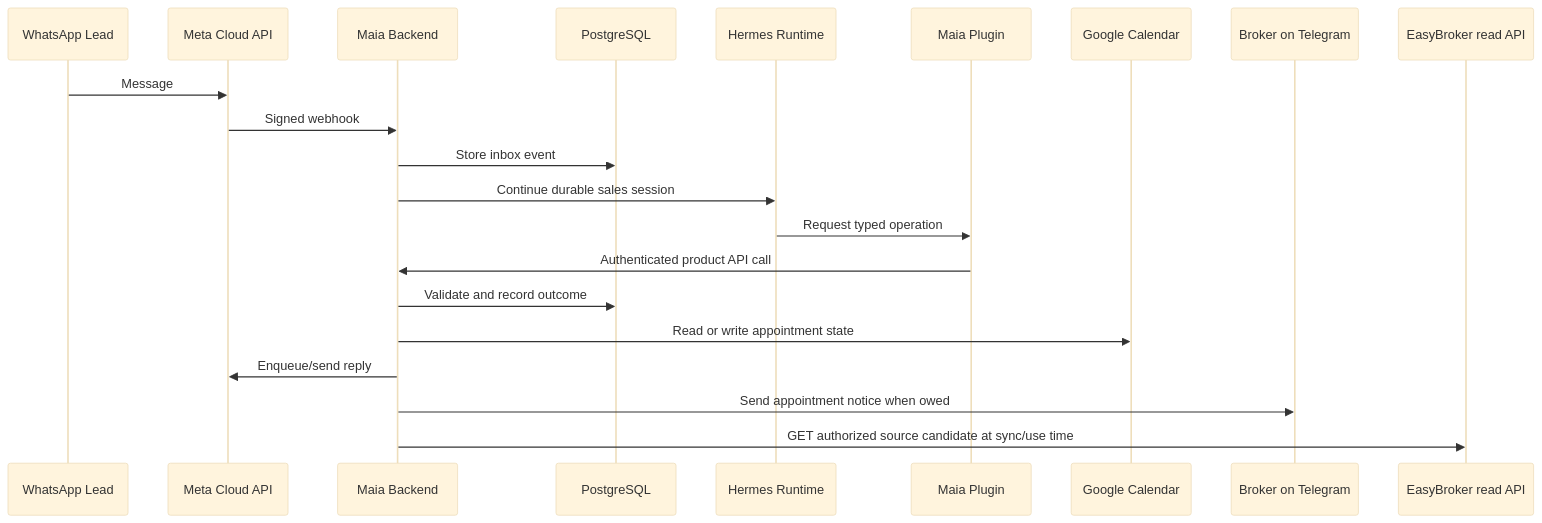
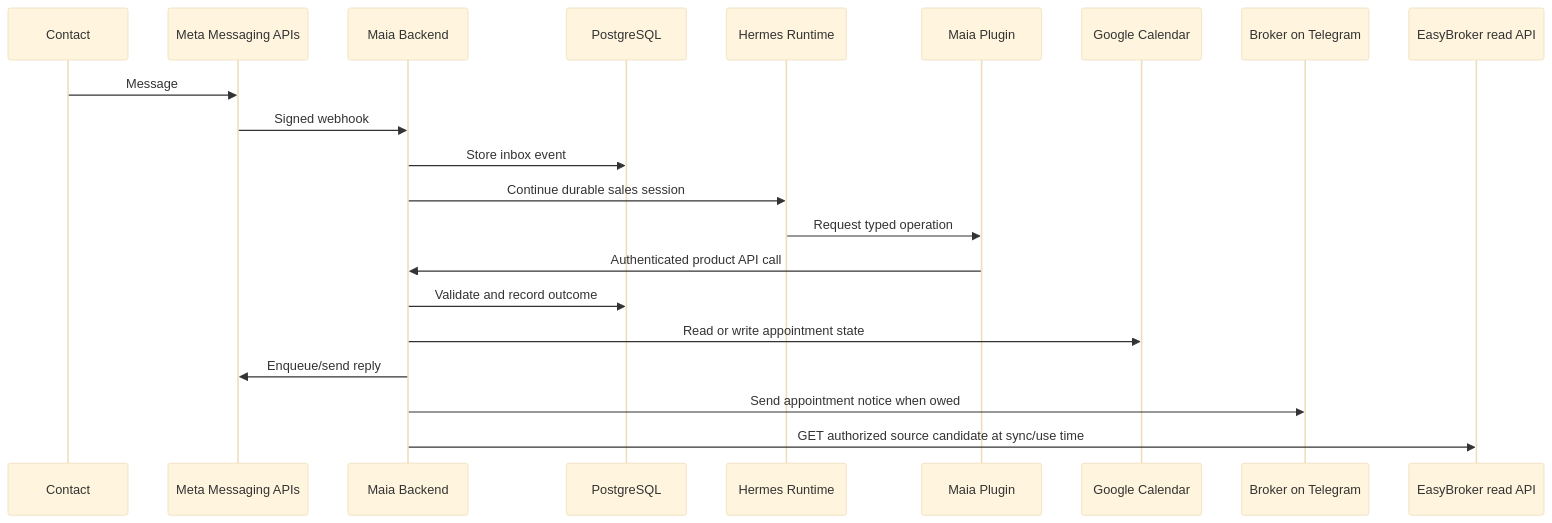
The first of 2 diagrams in docs/architecture/architecture.md (gmogmzGithub/maia-agent), drawn with Mermaid (base theme) before and after one commit. The commit also changed other lines of this file and 50 other files, not shown here.

````diff
--- a/docs/architecture/architecture.md
+++ b/docs/architecture/architecture.md
@@ -16,24 +16,24 @@
 ```mermaid
 sequenceDiagram
-    participant Lead as WhatsApp Lead
-    participant Meta as Meta Cloud API
+    participant Lead as Contact
+    participant Meta as Meta Messaging APIs
     participant Backend as Maia Backend
     participant DB as PostgreSQL
     participant Hermes as Hermes Runtime
     participant Plugin as Maia Plugin
     participant Calendar as Google Calendar
     participant Telegram as Broker on Telegram
     participant EasyBroker as EasyBroker read API
 
     Lead->>Meta: Message
     Meta->>Backend: Signed webhook
     Backend->>DB: Store inbox event
     Backend->>Hermes: Continue durable sales session
     Hermes->>Plugin: Request typed operation
     Plugin->>Backend: Authenticated product API call
     Backend->>DB: Validate and record outcome
     Backend->>Calendar: Read or write appointment state
     Backend->>Meta: Enqueue/send reply
     Backend->>Telegram: Send appointment notice when owed
     Backend->>EasyBroker: GET authorized source candidate at sync/use time
 ```
````
